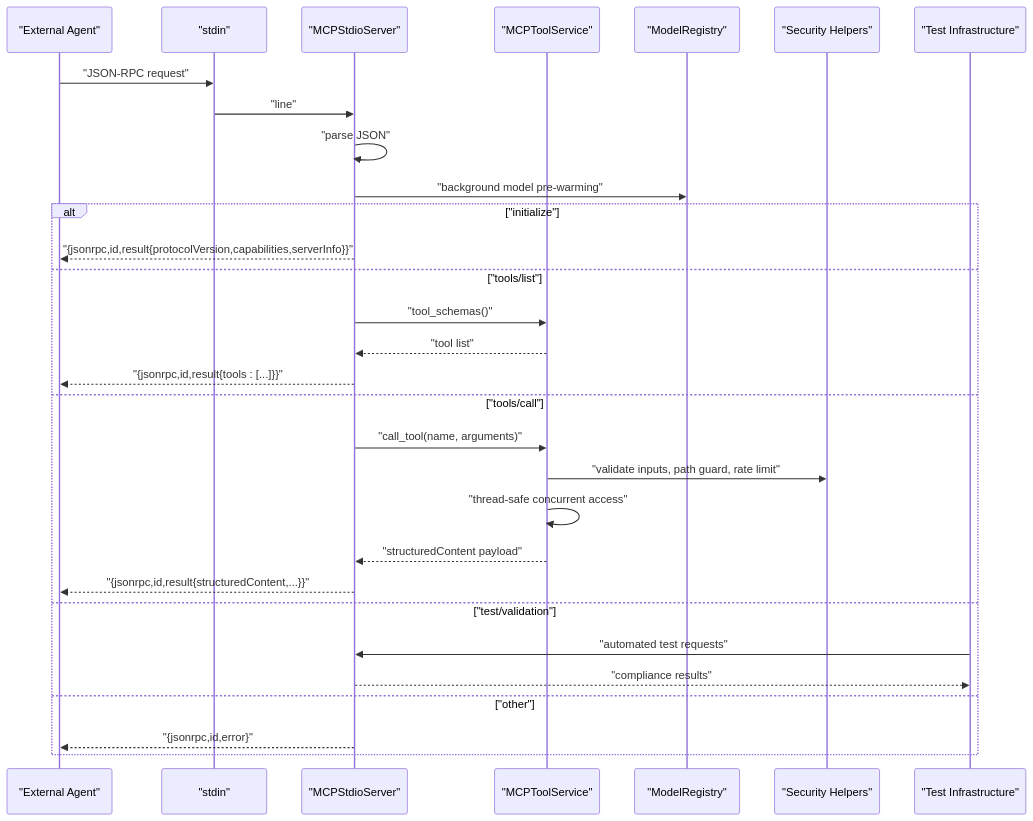
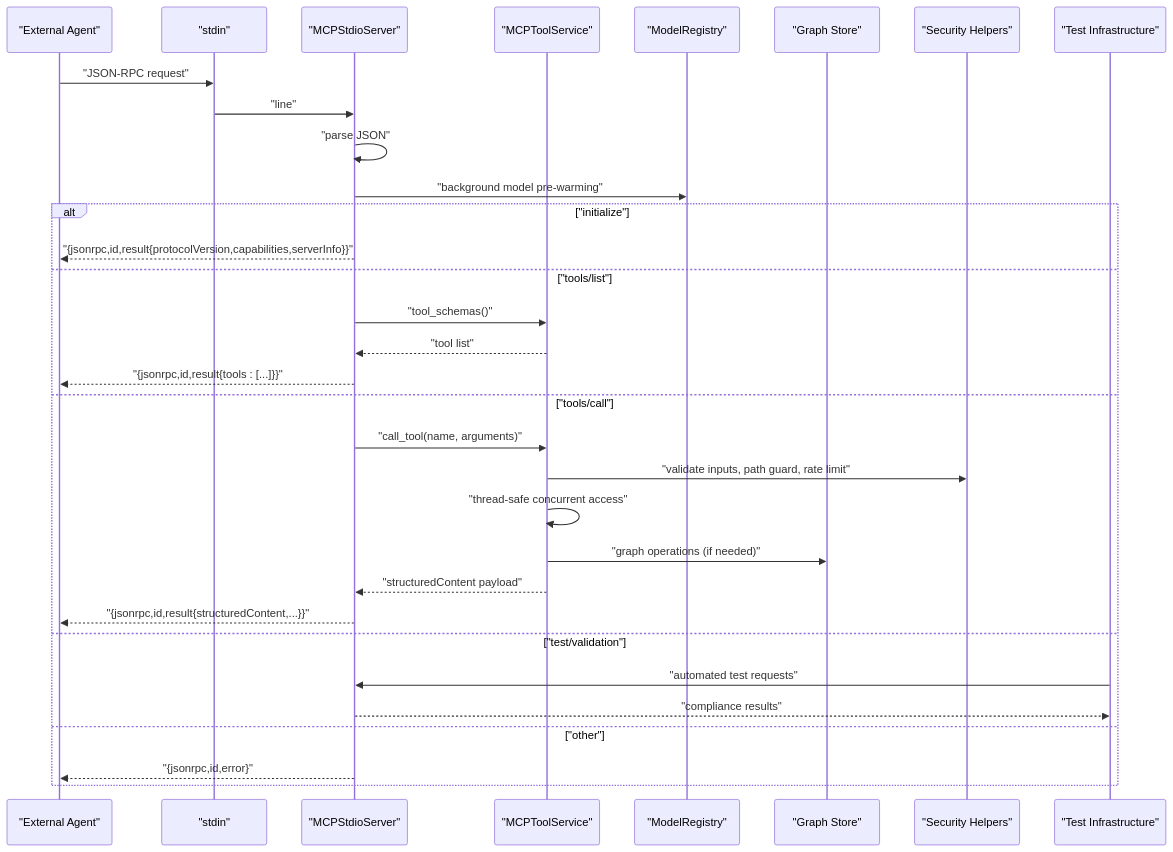
One commit to maemreyo/zmr-ctx-paker changed the second of 5 diagrams in .qoder/repowiki/en/content/CLI Reference/MCP Server/MCP Server.md. Above: the diagram before and after it, drawn with Mermaid. The commit also changed other lines of this file and 25 other files, not shown here.

````diff
--- a/.qoder/repowiki/en/content/CLI Reference/MCP Server/MCP Server.md
+++ b/.qoder/repowiki/en/content/CLI Reference/MCP Server/MCP Server.md
@@ -142,32 +147,34 @@
 ```mermaid
 sequenceDiagram
 participant Agent as "External Agent"
 participant Stdin as "stdin"
 participant Server as "MCPStdioServer"
 participant Service as "MCPToolService"
 participant Registry as "ModelRegistry"
+participant Graph as "Graph Store"
 participant Sec as "Security Helpers"
 participant Test as "Test Infrastructure"
 Agent->>Stdin : "JSON-RPC request"
 Stdin->>Server : "line"
 Server->>Server : "parse JSON"
 Server->>Registry : "background model pre-warming"
 alt "initialize"
 Server-->>Agent : "{jsonrpc,id,result{protocolVersion,capabilities,serverInfo}}"
 else "tools/list"
 Server->>Service : "tool_schemas()"
 Service-->>Server : "tool list"
 Server-->>Agent : "{jsonrpc,id,result{tools : [...]}}"
 else "tools/call"
 Server->>Service : "call_tool(name, arguments)"
 Service->>Sec : "validate inputs, path guard, rate limit"
 Service->>Service : "thread-safe concurrent access"
+Service->>Graph : "graph operations (if needed)"
 Service-->>Server : "structuredContent payload"
 Server-->>Agent : "{jsonrpc,id,result{structuredContent,...}}"
 else "test/validation"
 Test->>Server : "automated test requests"
 Server-->>Test : "compliance results"
 else "other"
 Server-->>Agent : "{jsonrpc,id,error}"
 end
 ```
````
